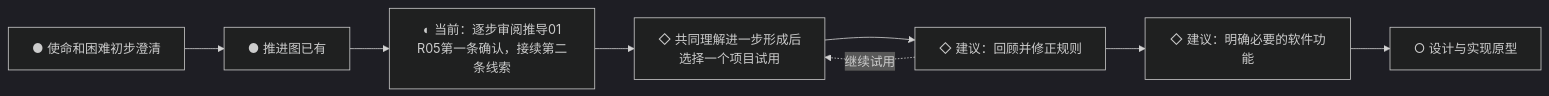
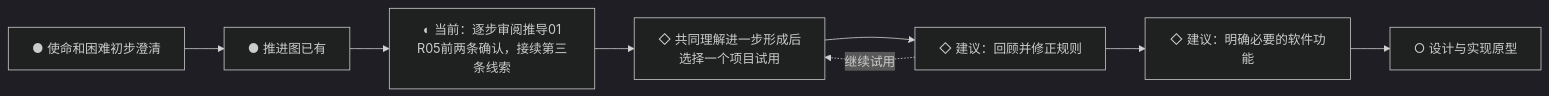
One commit to fangjiaqi2023-jpg/life-flywheel changed the second of 2 diagrams in 项目/人生飞轮/项目推进图.md. Above: the diagram before and after it, drawn with Mermaid (dark theme). The commit also changed other lines of this file, not shown here.

````diff
--- a/项目/人生飞轮/项目推进图.md
+++ b/项目/人生飞轮/项目推进图.md
@@ -38,10 +38,10 @@
 ```mermaid
 flowchart LR
     P0[● 使命和困难初步澄清] --> P1[● 推进图已有]
-    P1 --> P2[◐ 当前：逐步审阅推导01<br/>R05第一条确认，接续第二条线索]
+    P1 --> P2[◐ 当前：逐步审阅推导01<br/>R05前两条确认，接续第三条线索]
     P2 --> P3[◇ 共同理解进一步形成后<br/>选择一个项目试用]
     P3 --> P4[◇ 建议：回顾并修正规则]
     P4 --> P5[◇ 建议：明确必要的软件功能]
     P5 --> P6[○ 设计与实现原型]
     P4 -.继续试用.-> P3
 ```
````
